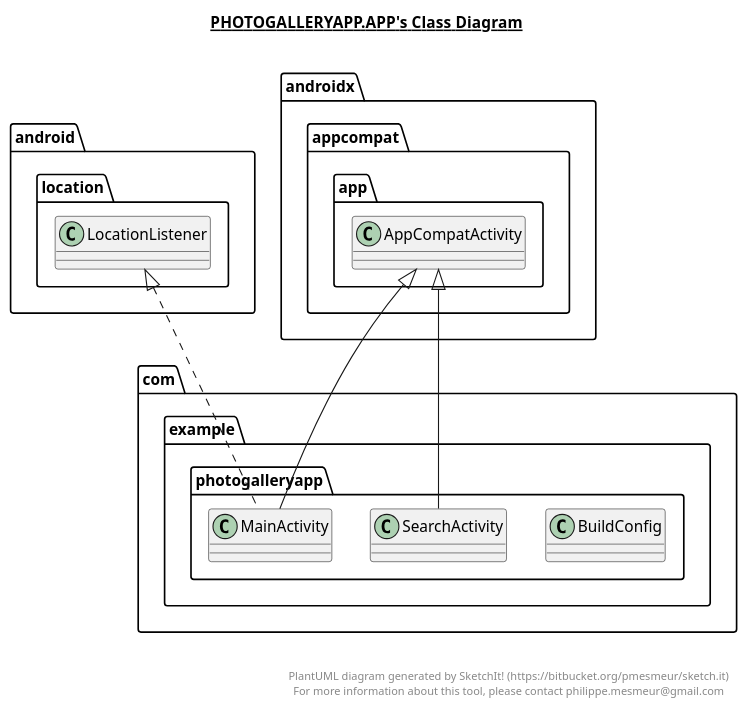
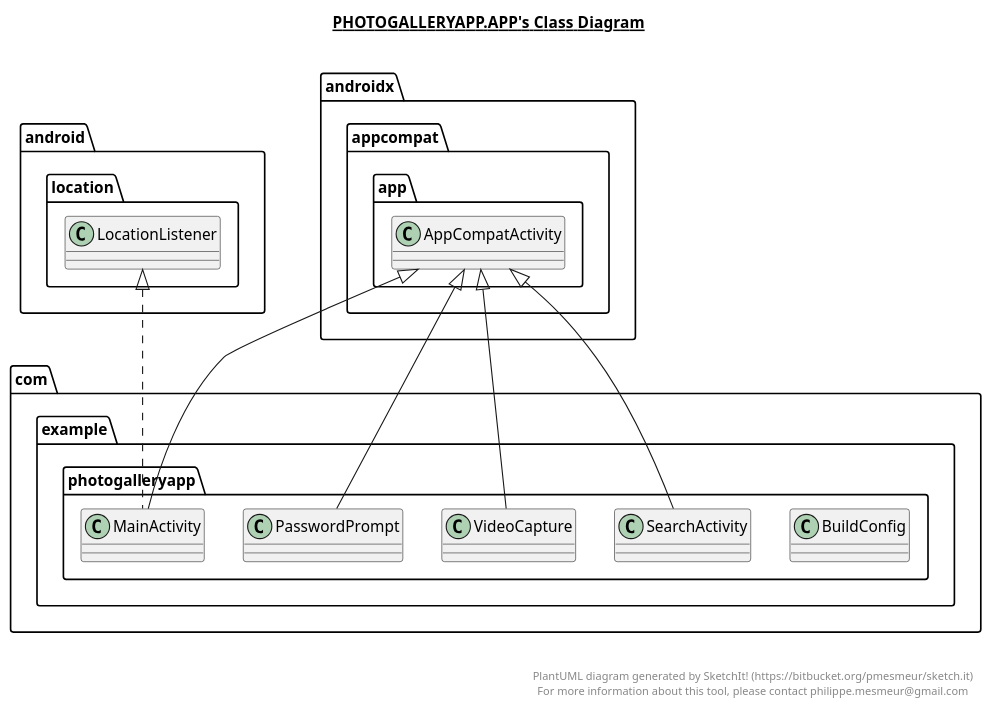
Before and after one commit to SoftwareSystemsELEX/PhotoGalleryApp: the diagram in .idea/modules/app/app.plantuml, drawn with PlantUML. The commit also changed 12 other files, not shown here.

```diff
--- a/.idea/modules/app/app.plantuml
+++ b/.idea/modules/app/app.plantuml
@@ -1,35 +1,49 @@
 @startuml
 
 title __PHOTOGALLERYAPP.APP's Class Diagram__\n
 
   namespace com.example.photogalleryapp {
     class com.example.photogalleryapp.BuildConfig {
     }
   }
   
 
   namespace com.example.photogalleryapp {
     class com.example.photogalleryapp.MainActivity {
     }
   }
   
 
   namespace com.example.photogalleryapp {
+    class com.example.photogalleryapp.PasswordPrompt {
+    }
+  }
+  
+
+  namespace com.example.photogalleryapp {
     class com.example.photogalleryapp.SearchActivity {
+    }
+  }
+  
+
+  namespace com.example.photogalleryapp {
+    class com.example.photogalleryapp.VideoCapture {
     }
   }
   
 
   com.example.photogalleryapp.MainActivity .up.|> android.location.LocationListener
   com.example.photogalleryapp.MainActivity -up-|> androidx.appcompat.app.AppCompatActivity
+  com.example.photogalleryapp.PasswordPrompt -up-|> androidx.appcompat.app.AppCompatActivity
   com.example.photogalleryapp.SearchActivity -up-|> androidx.appcompat.app.AppCompatActivity
+  com.example.photogalleryapp.VideoCapture -up-|> androidx.appcompat.app.AppCompatActivity
 
 
 right footer
 
 
 PlantUML diagram generated by SketchIt! (https://bitbucket.org/pmesmeur/sketch.it)
 For more information about this tool, please contact philippe.mesmeur@gmail.com
 endfooter
 
 @enduml
```
